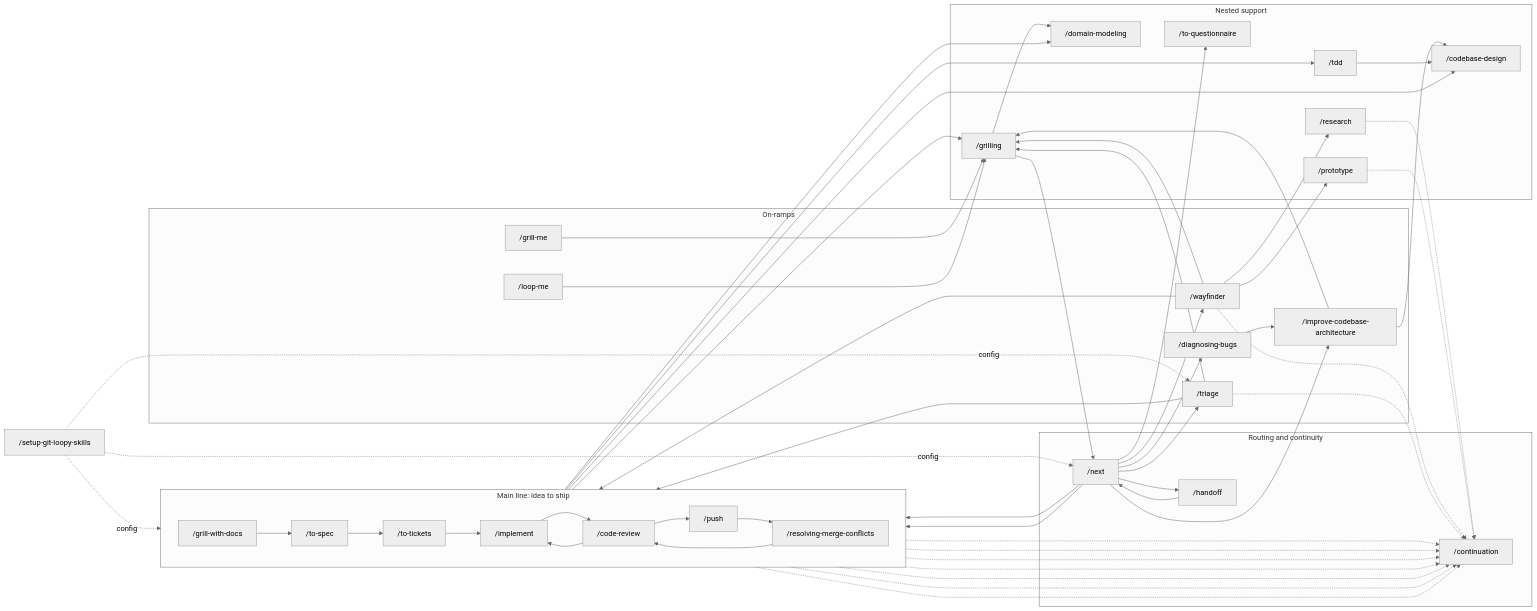
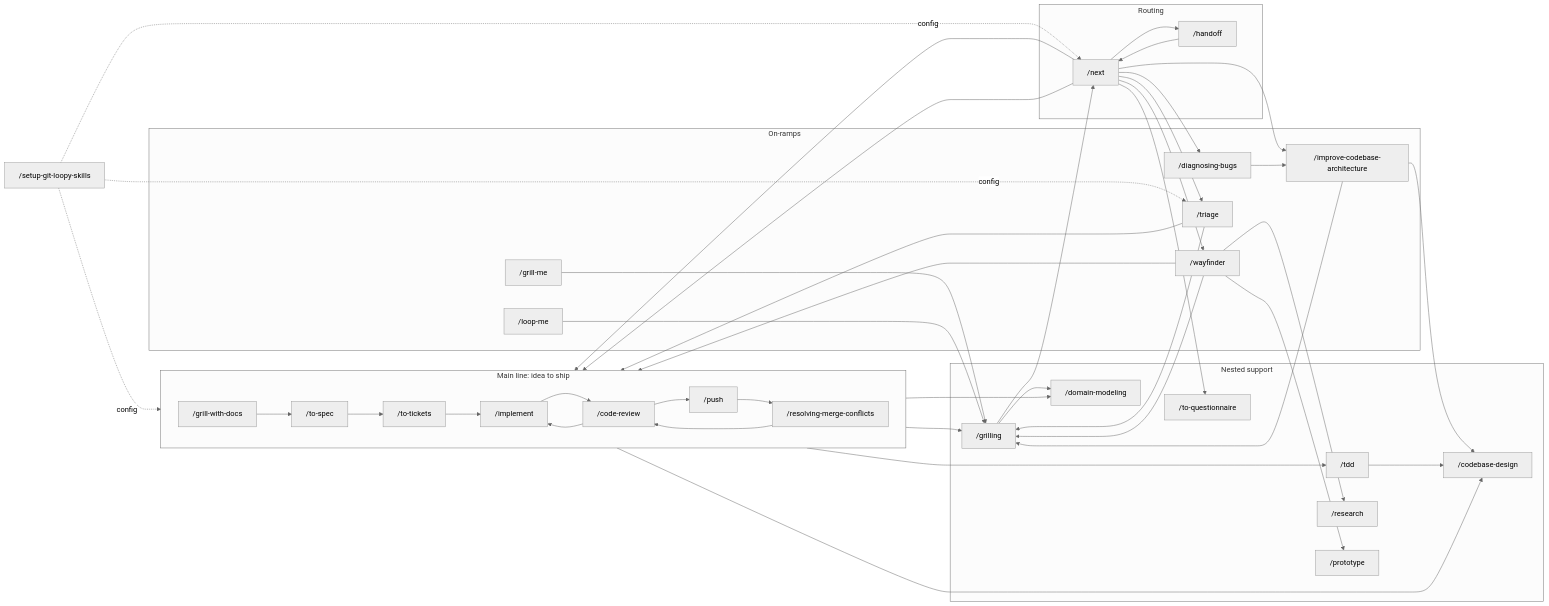
Before and after one commit to bradcstevens/git-loopy-skills: the first of 12 diagrams in docs/skill-connections.md, drawn with Mermaid (neutral theme). The commit also changed other lines of this file and 20 other files, not shown here.

````diff
--- a/docs/skill-connections.md
+++ b/docs/skill-connections.md
@@ -33,10 +31,9 @@
 flowchart LR
     setup["/setup-git-loopy-skills"]
 
-    subgraph ROUTE["Routing and continuity"]
+    subgraph ROUTE["Routing"]
         next["/next"]
         handoff["/handoff"]
-        continuation["/continuation"]
     end
 
     subgraph ONRAMP["On-ramps"]
@@ -101,17 +98,5 @@
     review --> implement
     rmc --> review
 
-    gwd -.-> continuation
-    tospec -.-> continuation
-    totickets -.-> continuation
-    implement -.-> continuation
-    review -.-> continuation
-    push -.-> continuation
-    wayfinder -.-> continuation
-    triage -.-> continuation
-    research -.-> continuation
-    prototype -.-> continuation
-    rmc -.-> continuation
-
     next --> questionnaire
 ```
````
